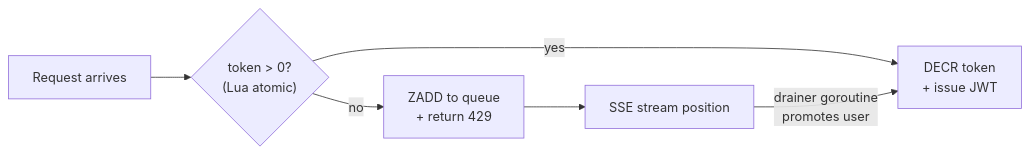
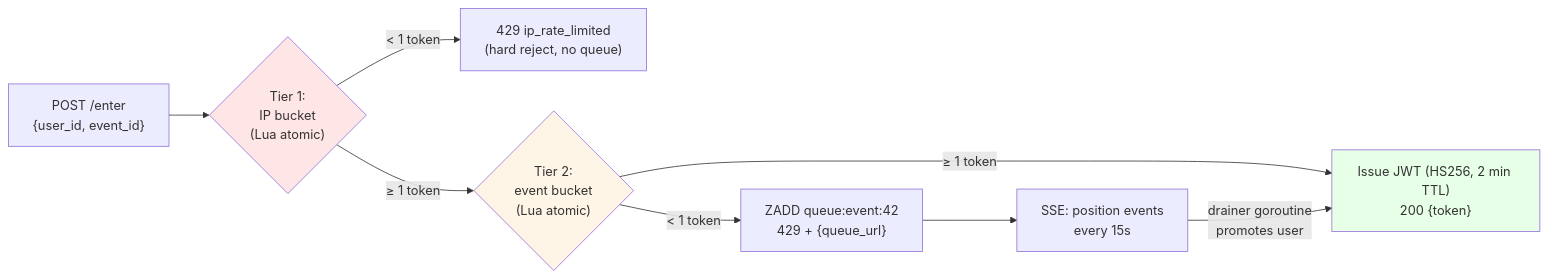
Before and after one commit to emmitt-k/ticket-deal: the third of 11 diagrams in docs/architecture.md, drawn with Mermaid. The commit also changed other lines of this file, not shown here.

First line of the commit message:
docs: rewrite architecture.md — refresh for Phases 5/6/7 + add File-by-File Reference

````diff
--- a/docs/architecture.md
+++ b/docs/architecture.md
@@ -143,8 +176,14 @@
 ```mermaid
 graph LR
-    A["Request arrives"] --> B{"token > 0?<br/>(Lua atomic)"}
-    B -->|yes| C["DECR token<br/>+ issue JWT"]
-    B -->|no| D["ZADD to queue<br/>+ return 429"]
-    D --> E["SSE stream position"]
-    E -->|"drainer goroutine<br/>promotes user"| C
+    A["POST /enter<br/>{user_id, event_id}"] --> B{"Tier 1:<br/>IP bucket<br/>(Lua atomic)"}
+    B -->|"< 1 token"| C["429 ip_rate_limited<br/>(hard reject, no queue)"]
+    B -->|"≥ 1 token"| D{"Tier 2:<br/>event bucket<br/>(Lua atomic)"}
+    D -->|"< 1 token"| E["ZADD queue:event:42<br/>429 + {queue_url}"]
+    D -->|"≥ 1 token"| F["Issue JWT (HS256, 2 min TTL)<br/>200 {token}"]
+    E --> G["SSE: position events<br/>every 15s"]
+    G -->|"drainer goroutine<br/>promotes user"| F
+
+    style B fill:#ffe6e6
+    style D fill:#fff5e6
+    style F fill:#e6ffe6
 ```
````
